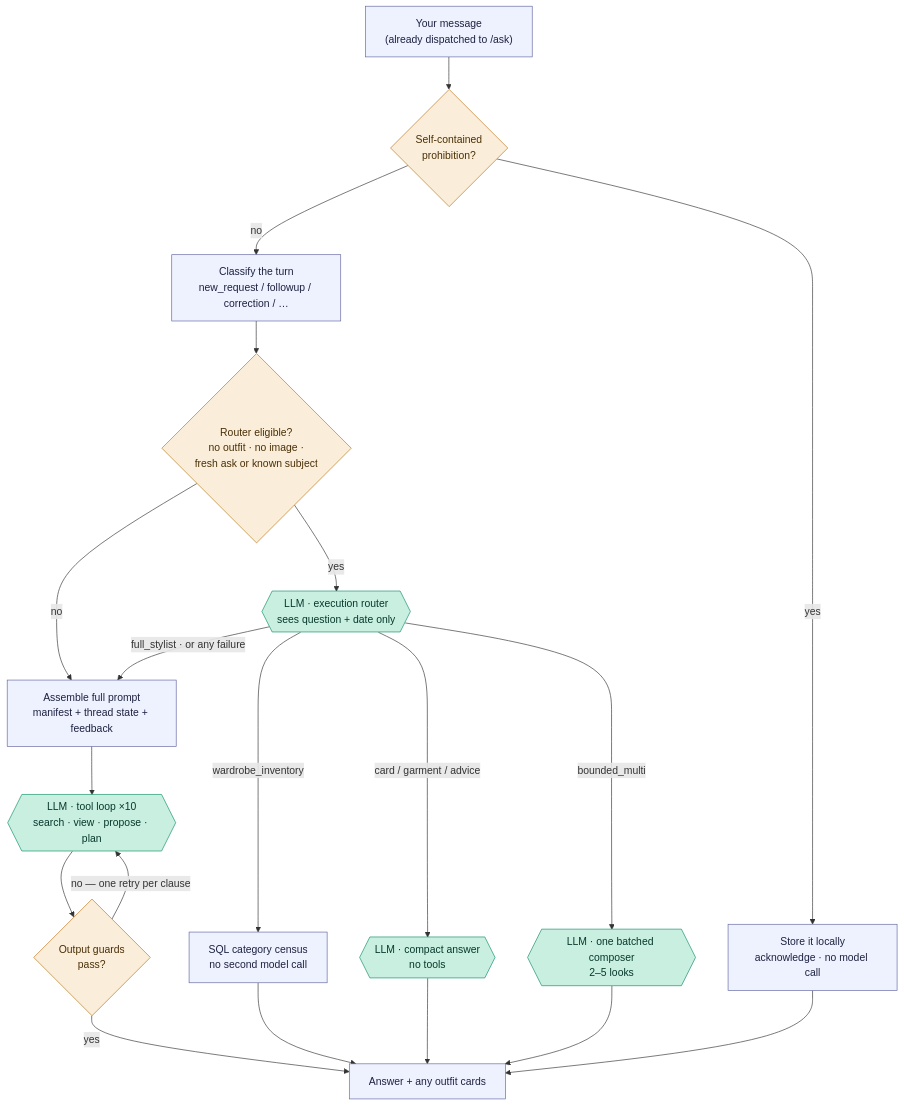
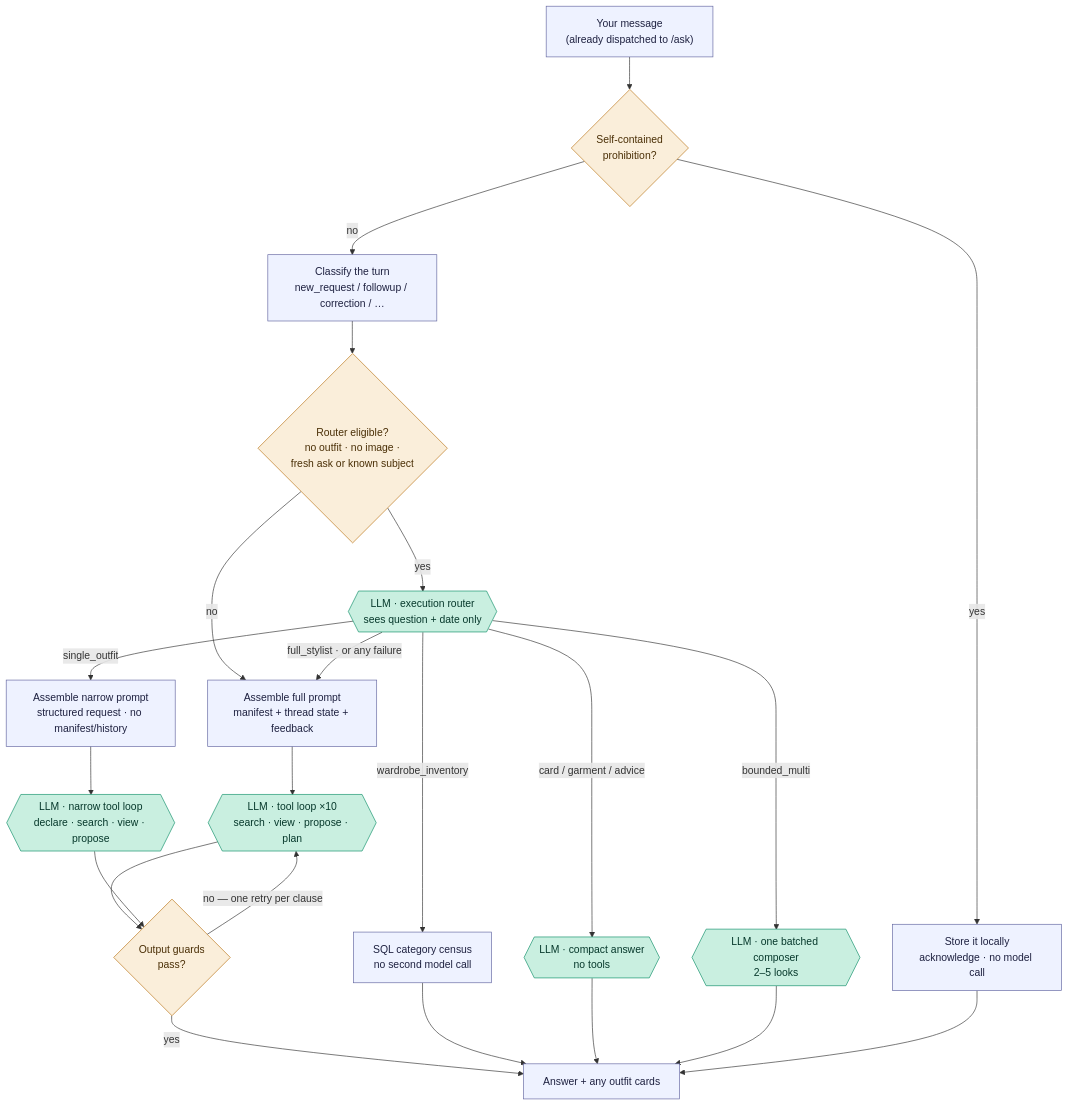
The first of 3 diagrams in docs/flows/freeform-stylist-chat.md (yunap/closet), drawn with Mermaid before and after one commit. The commit also changed other lines of this file and 59 other files, not shown here.

First line of the commit message:
Single-outfit weather layer: explicit layer contract + system-aware roster (#316)

````diff
--- a/docs/flows/freeform-stylist-chat.md
+++ b/docs/flows/freeform-stylist-chat.md
@@ -36,28 +125,31 @@
 ```mermaid
 flowchart TD
     IN["Your message<br/>(already dispatched to /ask)"] --> LOC{"Self-contained<br/>prohibition?"}
     LOC -->|"yes"| ACK["Store it locally<br/>acknowledge · no model call"]
     LOC -->|"no"| C["Classify the turn<br/>new_request / followup / correction / …"]
     C --> EL{"Router eligible?<br/>no outfit · no image ·<br/>fresh ask or known subject"}
     EL -->|"no"| PAY
     EL -->|"yes"| R{{"LLM · execution router<br/>sees question + date only"}}
     R -->|"wardrobe_inventory"| SQL["SQL category census<br/>no second model call"]
     R -->|"card / garment / advice"| CMP{{"LLM · compact answer<br/>no tools"}}
     R -->|"bounded_multi"| BM{{"LLM · one batched composer<br/>2–5 looks"}}
+    R -->|"single_outfit"| SP["Assemble narrow prompt<br/>structured request · no manifest/history"]
+    SP --> SM{{"LLM · narrow tool loop<br/>declare · search · view · propose"}}
     R -->|"full_stylist · or any failure"| PAY["Assemble full prompt<br/>manifest + thread state + feedback"]
     PAY --> M{{"LLM · tool loop ×10<br/>search · view · propose · plan"}}
     M --> G{"Output guards<br/>pass?"}
     G -->|"no — one retry per clause"| M
     G -->|"yes"| OUT["Answer + any outfit cards"]
     SQL --> OUT
     CMP --> OUT
     BM --> OUT
+    SM --> G
     ACK --> OUT
 
     classDef app fill:#eef2ff,stroke:#6366a0,color:#1e2140;
     classDef model fill:#c9efe0,stroke:#0f8f68,color:#06382b;
     classDef check fill:#faeeda,stroke:#ba7517,color:#4a2f06;
-    class IN,C,ACK,SQL,PAY,OUT app;
-    class R,CMP,BM,M model;
+    class IN,C,ACK,SQL,SP,PAY,OUT app;
+    class R,CMP,BM,SM,M model;
     class LOC,EL,G check;
 ```
````
